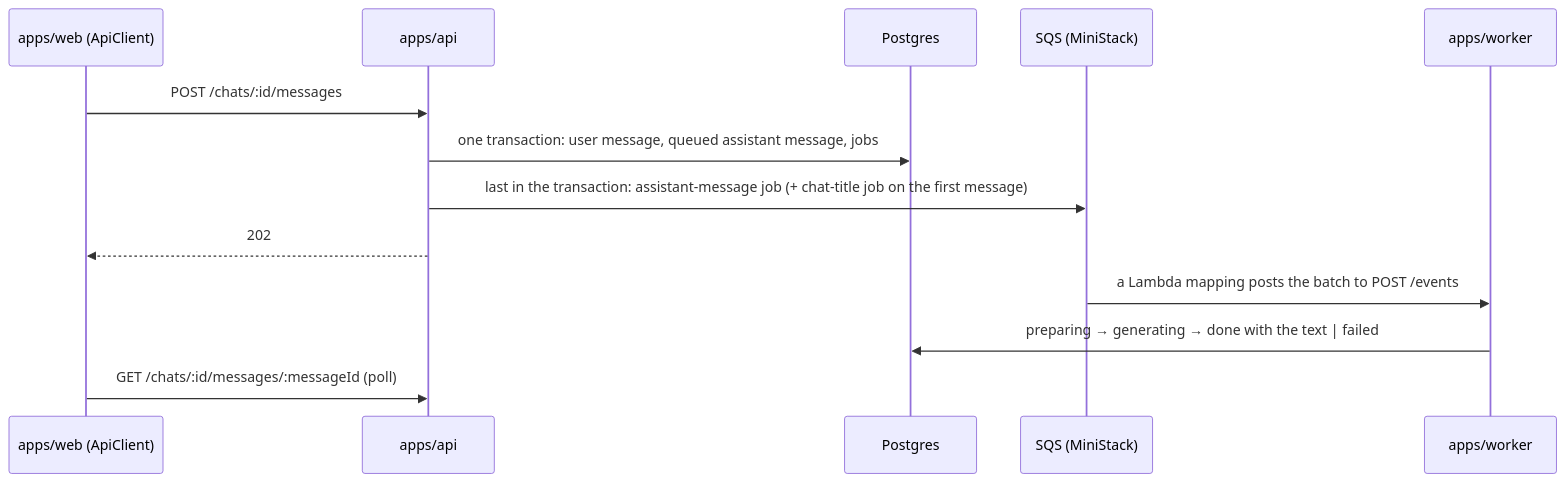
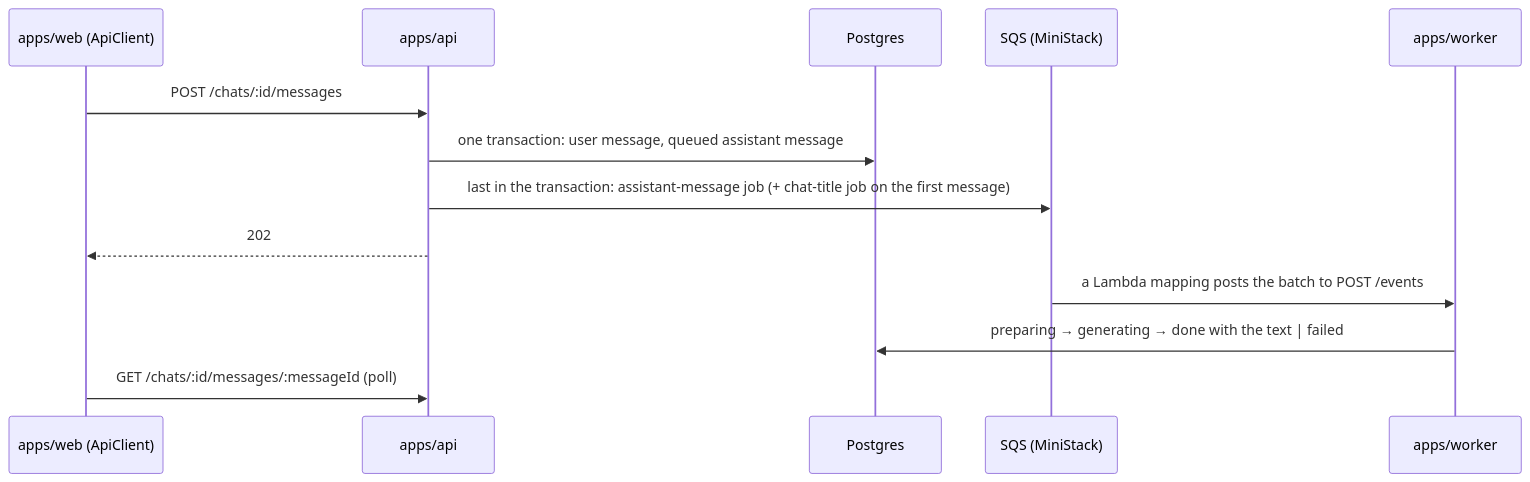
One commit to khotei/app-template changed the first of 3 diagrams in README.md. Above: the diagram before and after it, drawn with Mermaid. The commit also changed other lines of this file and 41 other files, not shown here.

````diff
--- a/README.md
+++ b/README.md
@@ -31,15 +31,15 @@
 ```mermaid
 sequenceDiagram
   participant W as apps/web (ApiClient)
   participant A as apps/api
   participant S as Postgres
   participant Q as SQS (MiniStack)
   participant K as apps/worker
   W->>A: POST /chats/:id/messages
-  A->>S: one transaction: user message, queued assistant message, jobs
+  A->>S: one transaction: user message, queued assistant message
   A->>Q: last in the transaction: assistant-message job (+ chat-title job on the first message)
   A-->>W: 202
   Q->>K: a Lambda mapping posts the batch to POST /events
   K->>S: preparing → generating → done with the text | failed
   W->>A: GET /chats/:id/messages/:messageId (poll)
 ```
````
